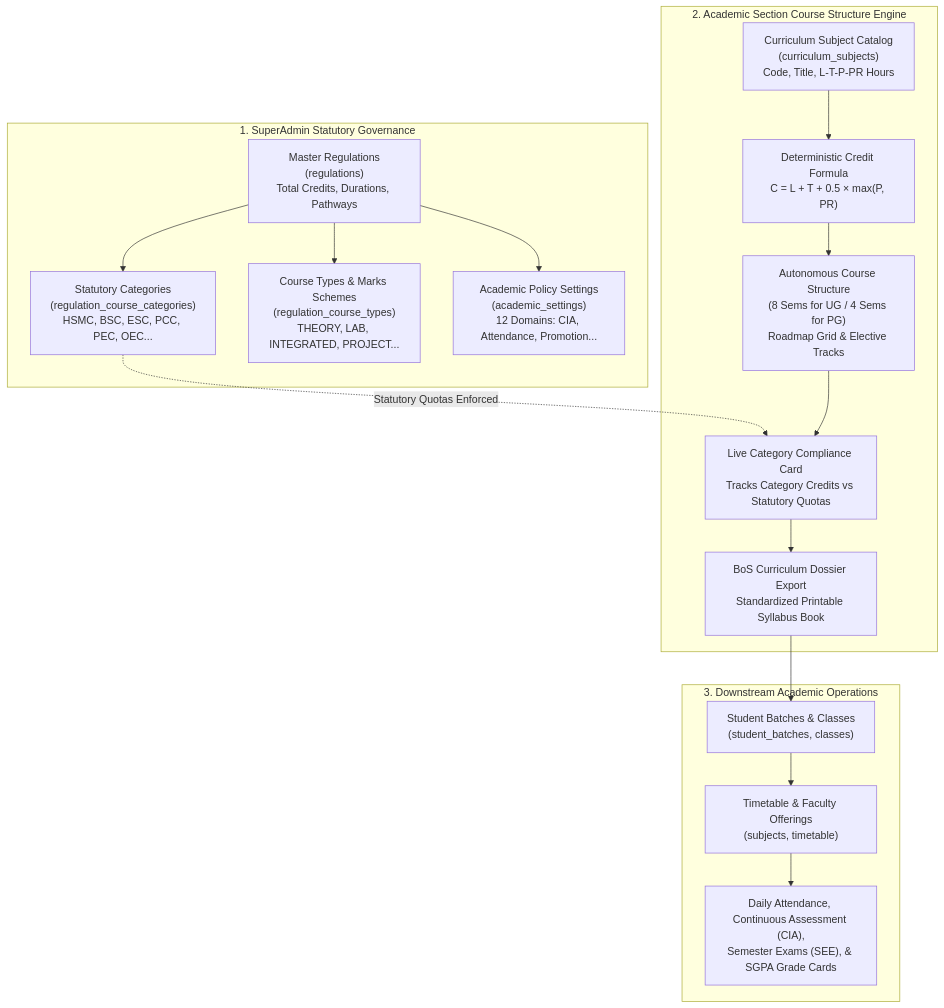
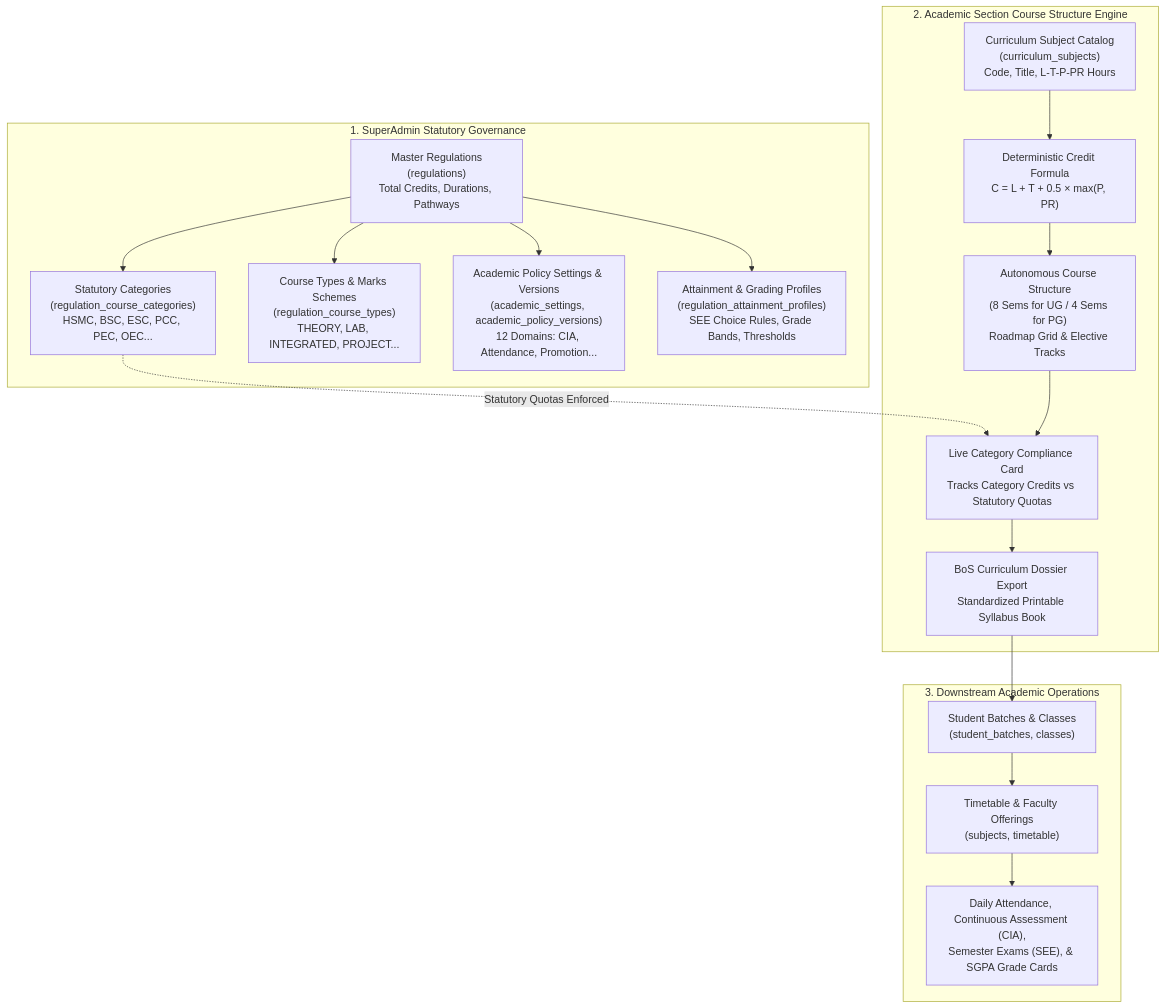
Before and after one commit to katamanilprojects/sarb: the first of 2 diagrams in docs/workflows/academic-regulations-and-course-structure.md, drawn with Mermaid. The commit also changed other lines of this file and 125 other files, not shown here.

````diff
--- a/docs/workflows/academic-regulations-and-course-structure.md
+++ b/docs/workflows/academic-regulations-and-course-structure.md
@@ -44,37 +44,39 @@
 ```mermaid
 flowchart TD
     subgraph SuperAdminGovernance["1. SuperAdmin Statutory Governance"]
         REG["Master Regulations<br/>(regulations)<br/>Total Credits, Durations, Pathways"]
         CAT["Statutory Categories<br/>(regulation_course_categories)<br/>HSMC, BSC, ESC, PCC, PEC, OEC..."]
         CTYPE["Course Types & Marks Schemes<br/>(regulation_course_types)<br/>THEORY, LAB, INTEGRATED, PROJECT..."]
-        ASET["Academic Policy Settings<br/>(academic_settings)<br/>12 Domains: CIA, Attendance, Promotion..."]
+        ASET["Academic Policy Settings & Versions<br/>(academic_settings, academic_policy_versions)<br/>12 Domains: CIA, Attendance, Promotion..."]
+        APROF["Attainment & Grading Profiles<br/>(regulation_attainment_profiles)<br/>SEE Choice Rules, Grade Bands, Thresholds"]
 
         REG --> CAT
         REG --> CTYPE
         REG --> ASET
+        REG --> APROF
     end
 
     subgraph AcademicSectionEngine["2. Academic Section Course Structure Engine"]
         SUBJ["Curriculum Subject Catalog<br/>(curriculum_subjects)<br/>Code, Title, L-T-P-PR Hours"]
         FORMULA["Deterministic Credit Formula<br/>C = L + T + 0.5 × max(P, PR)"]
         STRUCT["Autonomous Course Structure<br/>(8 Sems for UG / 4 Sems for PG)<br/>Roadmap Grid & Elective Tracks"]
         COMPLIANCE["Live Category Compliance Card<br/>Tracks Category Credits vs Statutory Quotas"]
         BOS["BoS Curriculum Dossier Export<br/>Standardized Printable Syllabus Book"]
 
         SUBJ --> FORMULA
         FORMULA --> STRUCT
         CAT -.->|Statutory Quotas Enforced| COMPLIANCE
         STRUCT --> COMPLIANCE
         COMPLIANCE --> BOS
     end
 
     subgraph DownstreamExecution["3. Downstream Academic Operations"]
         COHORT["Student Batches & Classes<br/>(student_batches, classes)"]
         TIMETABLE["Timetable & Faculty Offerings<br/>(subjects, timetable)"]
         EXEC["Daily Attendance, Continuous Assessment (CIA),<br/>Semester Exams (SEE), & SGPA Grade Cards"]
 
         BOS --> COHORT
         COHORT --> TIMETABLE
         TIMETABLE --> EXEC
     end
 ```
````
